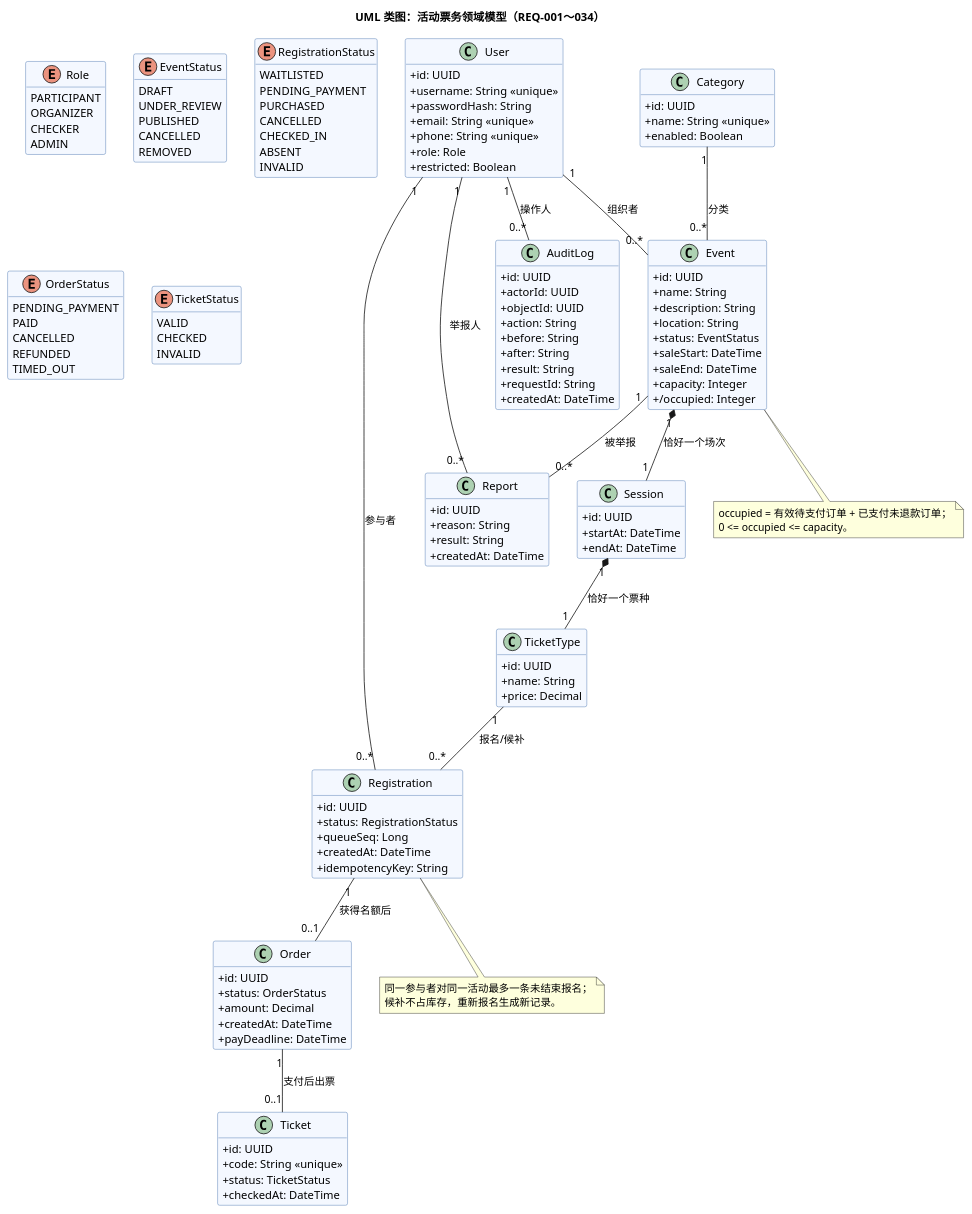
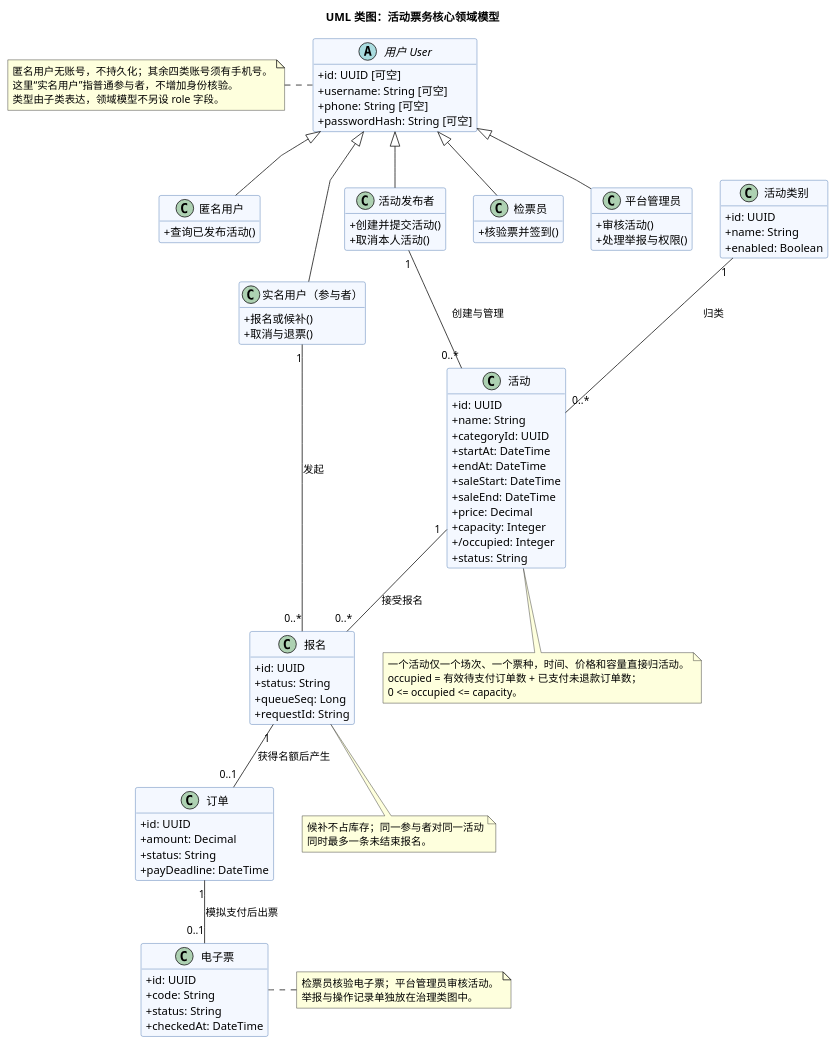
Before and after one commit to bw-oeiX/2026Fall-SE: the diagram in lab2/UML/UML类图.puml, drawn with PlantUML. The commit also changed 27 other files, not shown here.

```diff
--- a/lab2/UML/UML类图.puml
+++ b/lab2/UML/UML类图.puml
@@ -1,139 +1,104 @@
 @startuml
-title UML 类图：活动票务领域模型（REQ-001～034）
+title UML 类图：活动票务核心领域模型
+top to bottom direction
 skinparam defaultFontName Microsoft YaHei
 skinparam shadowing false
-skinparam classAttributeIconSize 0
 skinparam backgroundColor #FFFFFF
 skinparam classBackgroundColor #F4F8FF
 skinparam classBorderColor #3766A6
-hide empty methods
+skinparam classAttributeIconSize 0
+skinparam linetype polyline
+hide empty members
 
-enum Role {
-  PARTICIPANT
-  ORGANIZER
-  CHECKER
-  ADMIN
+abstract class "用户 User" as User {
+  +id: UUID [可空]
+  +username: String [可空]
+  +phone: String [可空]
+  +passwordHash: String [可空]
 }
-enum EventStatus {
-  DRAFT
-  UNDER_REVIEW
-  PUBLISHED
-  CANCELLED
-  REMOVED
+class "匿名用户" as Guest {
+  +查询已发布活动()
 }
-enum RegistrationStatus {
-  WAITLISTED
-  PENDING_PAYMENT
-  PURCHASED
-  CANCELLED
-  CHECKED_IN
-  ABSENT
-  INVALID
+class "实名用户（参与者）" as Participant {
+  +报名或候补()
+  +取消与退票()
 }
-enum OrderStatus {
-  PENDING_PAYMENT
-  PAID
-  CANCELLED
-  REFUNDED
-  TIMED_OUT
+class "活动发布者" as Organizer {
+  +创建并提交活动()
+  +取消本人活动()
 }
-enum TicketStatus {
-  VALID
-  CHECKED
-  INVALID
+class "检票员" as Checker {
+  +核验票并签到()
 }
+class "平台管理员" as Admin {
+  +审核活动()
+  +处理举报与权限()
+}
+User <|-- Guest
+User <|-- Participant
+User <|-- Organizer
+User <|-- Checker
+User <|-- Admin
 
-class User {
+class "活动类别" as Category {
   +id: UUID
-  +username: String <<unique>>
-  +passwordHash: String
-  +email: String <<unique>>
-  +phone: String <<unique>>
-  +role: Role
-  +restricted: Boolean
-}
-class Category {
-  +id: UUID
-  +name: String <<unique>>
+  +name: String
   +enabled: Boolean
 }
-class Event {
+class "活动" as Event {
   +id: UUID
   +name: String
-  +description: String
-  +location: String
-  +status: EventStatus
+  +categoryId: UUID
+  +startAt: DateTime
+  +endAt: DateTime
   +saleStart: DateTime
   +saleEnd: DateTime
+  +price: Decimal
   +capacity: Integer
   +/occupied: Integer
+  +status: String
 }
-class Session {
+class "报名" as Registration {
   +id: UUID
-  +startAt: DateTime
-  +endAt: DateTime
+  +status: String
+  +queueSeq: Long
+  +requestId: String
 }
-class TicketType {
+class "订单" as Order {
   +id: UUID
-  +name: String
-  +price: Decimal
-}
-class Registration {
-  +id: UUID
-  +status: RegistrationStatus
-  +queueSeq: Long
-  +createdAt: DateTime
-  +idempotencyKey: String
-}
-class Order {
-  +id: UUID
-  +status: OrderStatus
   +amount: Decimal
-  +createdAt: DateTime
+  +status: String
   +payDeadline: DateTime
 }
-class Ticket {
+class "电子票" as Ticket {
   +id: UUID
-  +code: String <<unique>>
-  +status: TicketStatus
+  +code: String
+  +status: String
   +checkedAt: DateTime
 }
-class Report {
-  +id: UUID
-  +reason: String
-  +result: String
-  +createdAt: DateTime
-}
-class AuditLog {
-  +id: UUID
-  +actorId: UUID
-  +objectId: UUID
-  +action: String
-  +before: String
-  +after: String
-  +result: String
-  +requestId: String
-  +createdAt: DateTime
-}
+Organizer "1" -- "0..*" Event : 创建与管理
+Category "1" -- "0..*" Event : 归类
+Event "1" -- "0..*" Registration : 接受报名
+Participant "1" -- "0..*" Registration : 发起
+Registration "1" -- "0..1" Order : 获得名额后产生
+Order "1" -- "0..1" Ticket : 模拟支付后出票
 
-User "1" -- "0..*" Event : 组织者
-Category "1" -- "0..*" Event : 分类
-Event "1" *-- "1" Session : 恰好一个场次
-Session "1" *-- "1" TicketType : 恰好一个票种
-User "1" -- "0..*" Registration : 参与者
-TicketType "1" -- "0..*" Registration : 报名/候补
-Registration "1" -- "0..1" Order : 获得名额后
-Order "1" -- "0..1" Ticket : 支付后出票
-User "1" -- "0..*" Report : 举报人
-Event "1" -- "0..*" Report : 被举报
-User "1" -- "0..*" AuditLog : 操作人
-
-note bottom of Registration
-  同一参与者对同一活动最多一条未结束报名；
-  候补不占库存，重新报名生成新记录。
+note left of User
+  匿名用户无账号，不持久化；其余四类账号须有手机号。
+  这里“实名用户”指普通参与者，不增加身份核验。
+  类型由子类表达，领域模型不另设 role 字段。
 end note
 note bottom of Event
-  occupied = 有效待支付订单 + 已支付未退款订单；
+  一个活动仅一个场次、一个票种，时间、价格和容量直接归活动。
+  occupied = 有效待支付订单数 + 已支付未退款订单数；
   0 <= occupied <= capacity。
 end note
+note right of Ticket
+  检票员核验电子票；平台管理员审核活动。
+  举报与操作记录单独放在治理类图中。
+end note
+note bottom of Registration
+  候补不占库存；同一参与者对同一活动
+  同时最多一条未结束报名。
+end note
 @enduml
```
